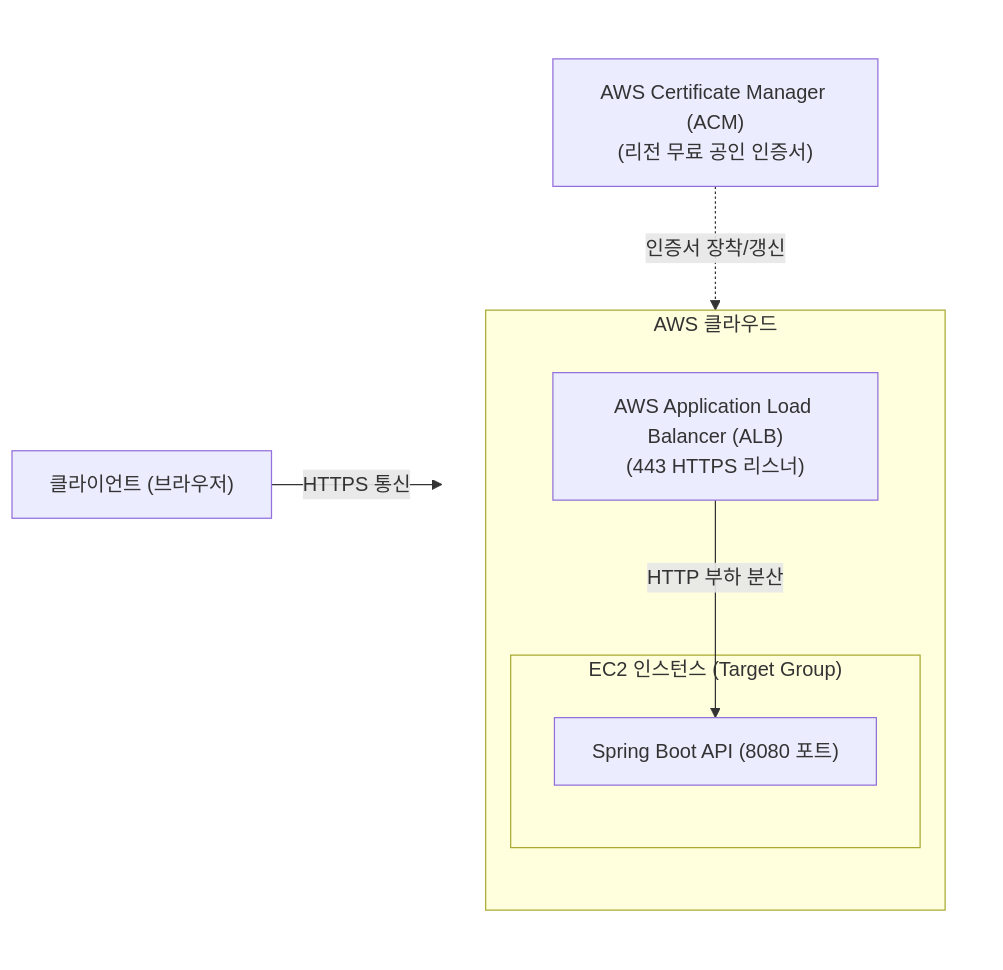
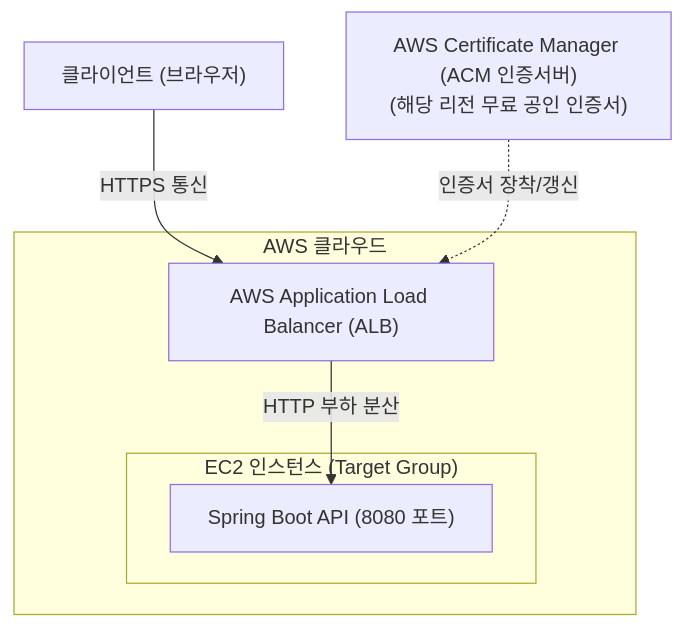
One commit to likelion-backend-25th/22-project-sns changed the fourth of 4 diagrams in guide/04.challenge.md. Above: the diagram before and after it, drawn with Mermaid. The commit also changed other lines of this file, not shown here.

````diff
--- a/guide/04.challenge.md
+++ b/guide/04.challenge.md
@@ -344,24 +322,16 @@
 ```mermaid
-flowchart LR
-    Client["클라이언트 (브라우저)"]
+flowchart TD
+    ACM["AWS Certificate Manager (ACM 인증서버)<br/>(해당 리전 무료 공인 인증서)"]
 
-    subgraph ServerSide[" "]
-        direction TB
-        ACM["AWS Certificate Manager (ACM)<br/>(리전 무료 공인 인증서)"]
+    subgraph AWS["AWS 클라우드"]
+        ALB["AWS Application Load Balancer (ALB)"]
+        subgraph EC2["EC2 인스턴스 (Target Group)"]
+            SpringBoot["Spring Boot API (8080 포트)"]
+        end
 
-        subgraph AWS["AWS 클라우드"]
-            direction TB
-            ALB["AWS Application Load Balancer (ALB)<br/>(443 HTTPS 리스너)"]
-            subgraph EC2["EC2 인스턴스 (Target Group)"]
-                SpringBoot["Spring Boot API (8080 포트)"]
-            end
-
-            ALB -->|"HTTP 부하 분산"| SpringBoot
-        end
+        ALB -->|"HTTP 부하 분산"| SpringBoot
     end
 
-    Client -->|"HTTPS 통신"| ALB
+    Client["클라이언트 (브라우저)"] -->|"HTTPS 통신"| ALB
     ACM -.->|"인증서 장착/갱신"| ALB
-
-    style ServerSide fill:none,stroke:none
 ```
````
